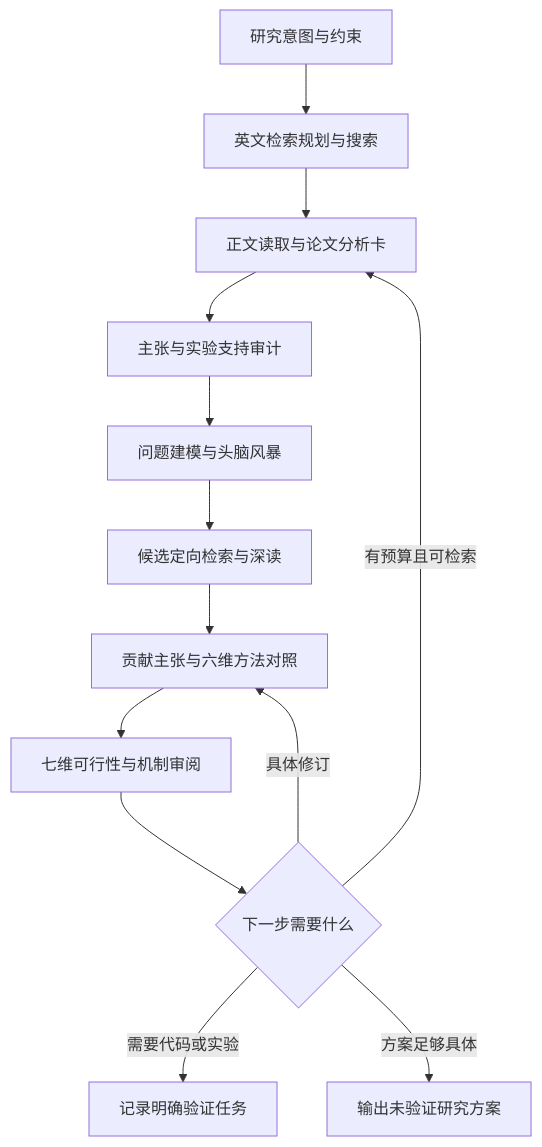
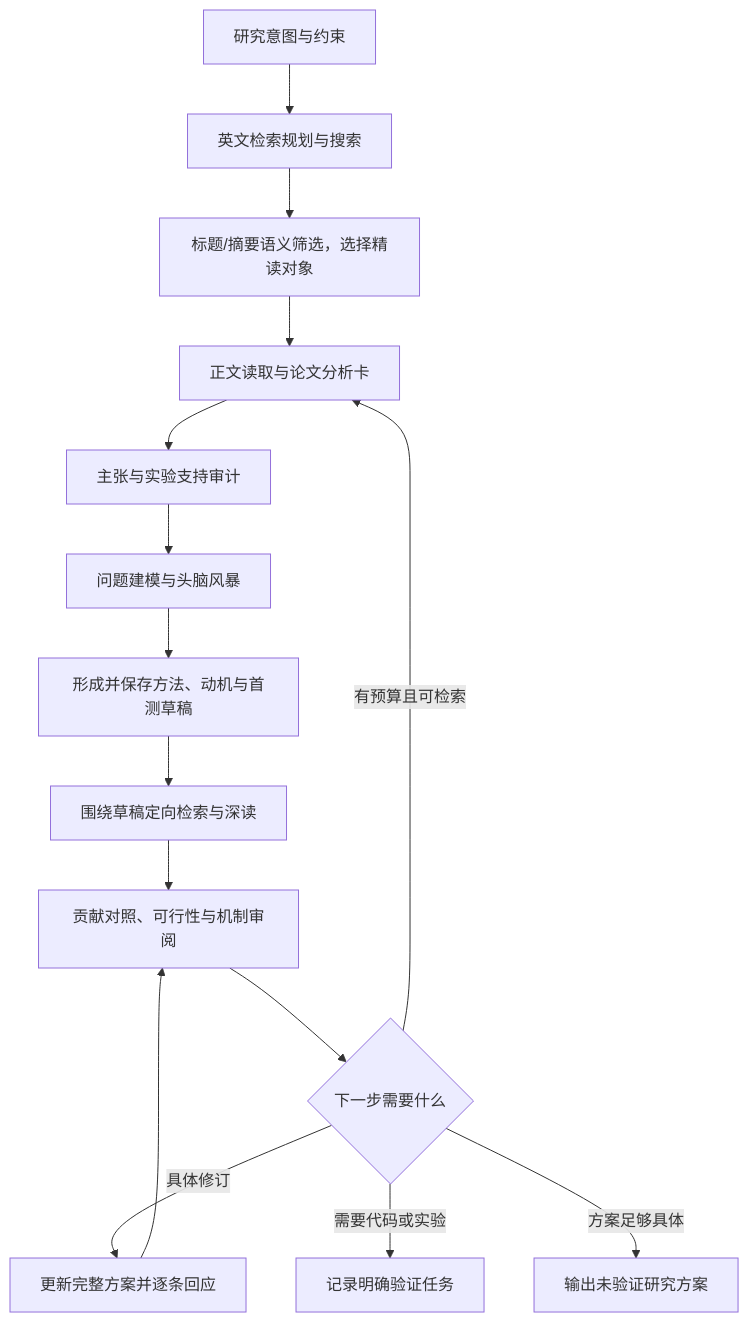
The diagram in docs/architecture.md (ghh1125/Research-idea), drawn with Mermaid before and after one commit. The commit also changed other lines of this file, not shown here.

Commit message:
Document draft-first research and metadata screening

````diff
--- a/docs/architecture.md
+++ b/docs/architecture.md
@@ -20,15 +20,17 @@
 ```mermaid
 flowchart TD
     A["研究意图与约束"] --> S["英文检索规划与搜索"]
-    S --> B["正文读取与论文分析卡"]
+    S --> T["标题/摘要语义筛选，选择精读对象"]
+    T --> B["正文读取与论文分析卡"]
     B --> Q["主张与实验支持审计"]
     Q --> C["问题建模与头脑风暴"]
-    C --> R["候选定向检索与深读"]
-    R --> D["贡献主张与六维方法对照"]
-    D --> E["七维可行性与机制审阅"]
+    C --> D["形成并保存方法、动机与首测草稿"]
+    D --> R["围绕草稿定向检索与深读"]
+    R --> E["贡献对照、可行性与机制审阅"]
     E --> F{"下一步需要什么"}
     F -->|有预算且可检索| B
-    F -->|具体修订| D
+    F -->|具体修订| I["更新完整方案并逐条回应"]
+    I --> E
     F -->|需要代码或实验| G["记录明确验证任务"]
     F -->|方案足够具体| H["输出未验证研究方案"]
 ```
````
